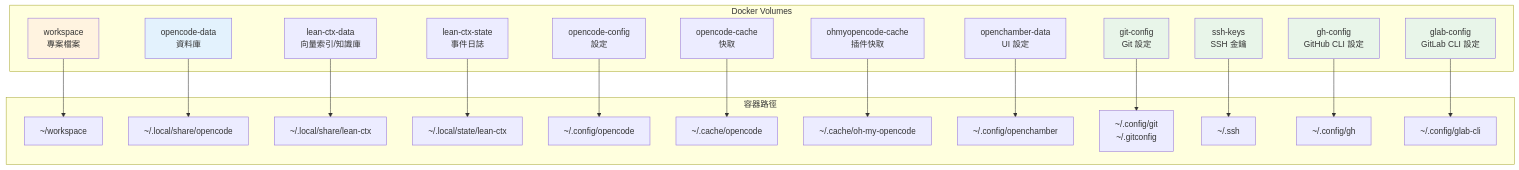
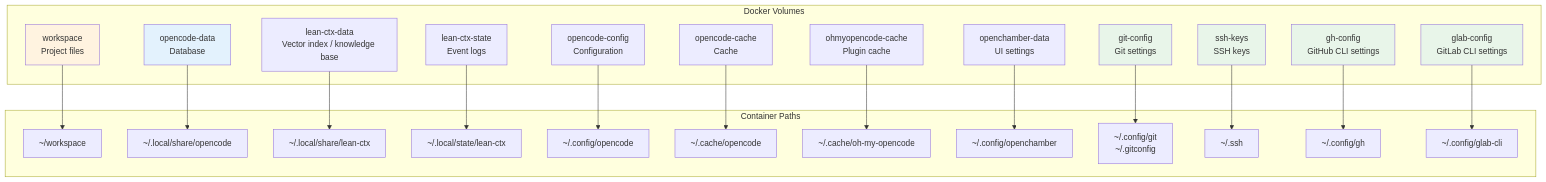
The seventh of 10 diagrams in docs/ARCHITECTURE.md (tryweb/ai-engkit), drawn with Mermaid before and after one commit. The commit also changed other lines of this file and 14 other files, not shown here.

First line of the commit message:
docs: translate zh-TW docs to English, relocate CONTRIBUTING & SECURITY to root, add GitHub templates

````diff
--- a/docs/ARCHITECTURE.md
+++ b/docs/ARCHITECTURE.md
@@ -217,52 +217,52 @@
 ```mermaid
 graph TB
     subgraph "Docker Volumes"
-        VOL_WS["workspace<br/>專案檔案"]
-        VOL_DATA["opencode-data<br/>資料庫"]
-        VOL_CONFIG["opencode-config<br/>設定"]
-        VOL_CACHE["opencode-cache<br/>快取"]
-        VOL_OHMY["ohmyopencode-cache<br/>插件快取"]
-        VOL_CHAMBER["openchamber-data<br/>UI 設定"]
-        VOL_GIT["git-config<br/>Git 設定"]
-        VOL_SSH["ssh-keys<br/>SSH 金鑰"]
-        VOL_GH["gh-config<br/>GitHub CLI 設定"]
-        VOL_GLAB["glab-config<br/>GitLab CLI 設定"]
-        VOL_LC_DATA["lean-ctx-data<br/>向量索引/知識庫"]
-        VOL_LC_STATE["lean-ctx-state<br/>事件日誌"]
+        VOL_WS["workspace<br/>Project files"]
+        VOL_DATA["opencode-data<br/>Database"]
+        VOL_CONFIG["opencode-config<br/>Configuration"]
+        VOL_CACHE["opencode-cache<br/>Cache"]
+        VOL_OHMY["ohmyopencode-cache<br/>Plugin cache"]
+        VOL_CHAMBER["openchamber-data<br/>UI settings"]
+        VOL_GIT["git-config<br/>Git settings"]
+        VOL_SSH["ssh-keys<br/>SSH keys"]
+        VOL_GH["gh-config<br/>GitHub CLI settings"]
+        VOL_GLAB["glab-config<br/>GitLab CLI settings"]
+        VOL_LC_DATA["lean-ctx-data<br/>Vector index / knowledge base"]
+        VOL_LC_STATE["lean-ctx-state<br/>Event logs"]
     end
 
-    subgraph "容器路徑"
+    subgraph "Container Paths"
         C_WS["~/workspace"]
         C_DATA["~/.local/share/opencode"]
         C_LC_DATA["~/.local/share/lean-ctx"]
         C_LC_STATE["~/.local/state/lean-ctx"]
         C_CONFIG["~/.config/opencode"]
         C_CACHE["~/.cache/opencode"]
         C_OHMY["~/.cache/oh-my-opencode"]
         C_CHAMBER["~/.config/openchamber"]
         C_GIT["~/.config/git<br/>~/.gitconfig"]
         C_SSH["~/.ssh"]
         C_GH["~/.config/gh"]
         C_GLAB["~/.config/glab-cli"]
     end
 
     VOL_WS --> C_WS
     VOL_DATA --> C_DATA
     VOL_CONFIG --> C_CONFIG
     VOL_CACHE --> C_CACHE
     VOL_OHMY --> C_OHMY
     VOL_CHAMBER --> C_CHAMBER
     VOL_GIT --> C_GIT
     VOL_SSH --> C_SSH
     VOL_GH --> C_GH
     VOL_GLAB --> C_GLAB
     VOL_LC_DATA --> C_LC_DATA
     VOL_LC_STATE --> C_LC_STATE
 
     style VOL_WS fill:#fff3e0
     style VOL_DATA fill:#e3f2fd
     style VOL_GIT fill:#e8f5e9
     style VOL_SSH fill:#e8f5e9
     style VOL_GH fill:#e8f5e9
     style VOL_GLAB fill:#e8f5e9
 ```
````
